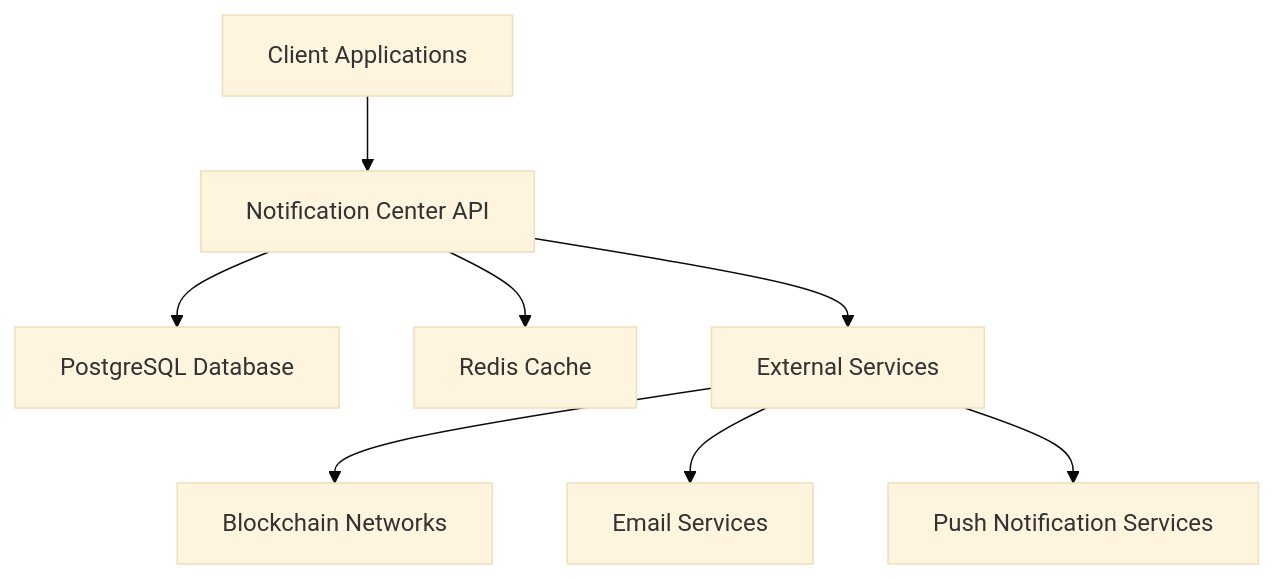
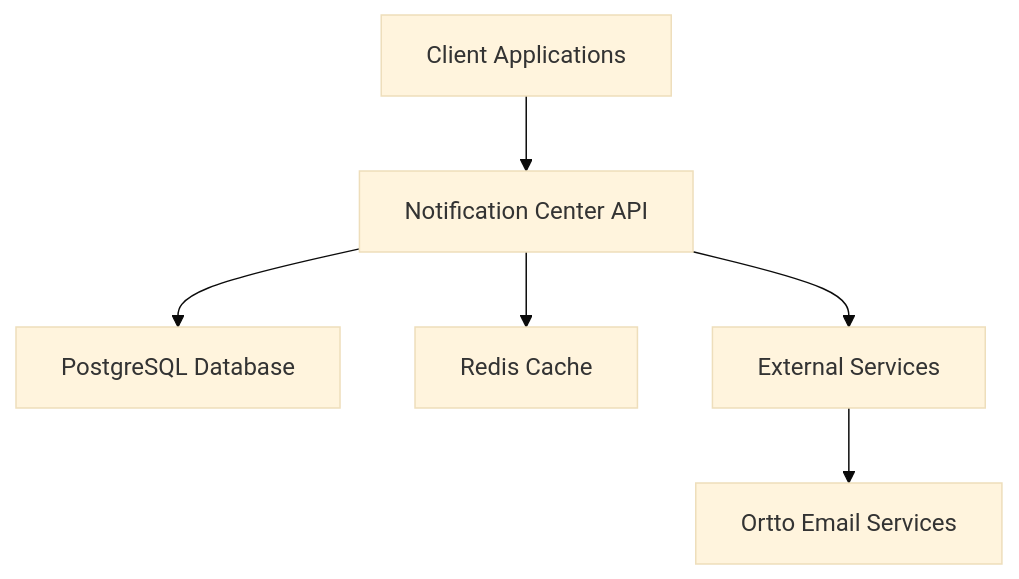
One commit to Giveth/notification-center changed the diagram in README.md. Above: the diagram before and after it, drawn with Mermaid (base theme). The commit also changed other lines of this file, not shown here.

````diff
--- a/README.md
+++ b/README.md
@@ -23,10 +22,8 @@
 ```mermaid
 graph TD
     A[Client Applications] --> B[Notification Center API]
     B --> C[PostgreSQL Database]
     B --> D[Redis Cache]
     B --> E[External Services]
-    E --> F[Blockchain Networks]
-    E --> G[Email Services]
-    E --> H[Push Notification Services]
+    E --> G[Ortto Email Services]
 ```
````
